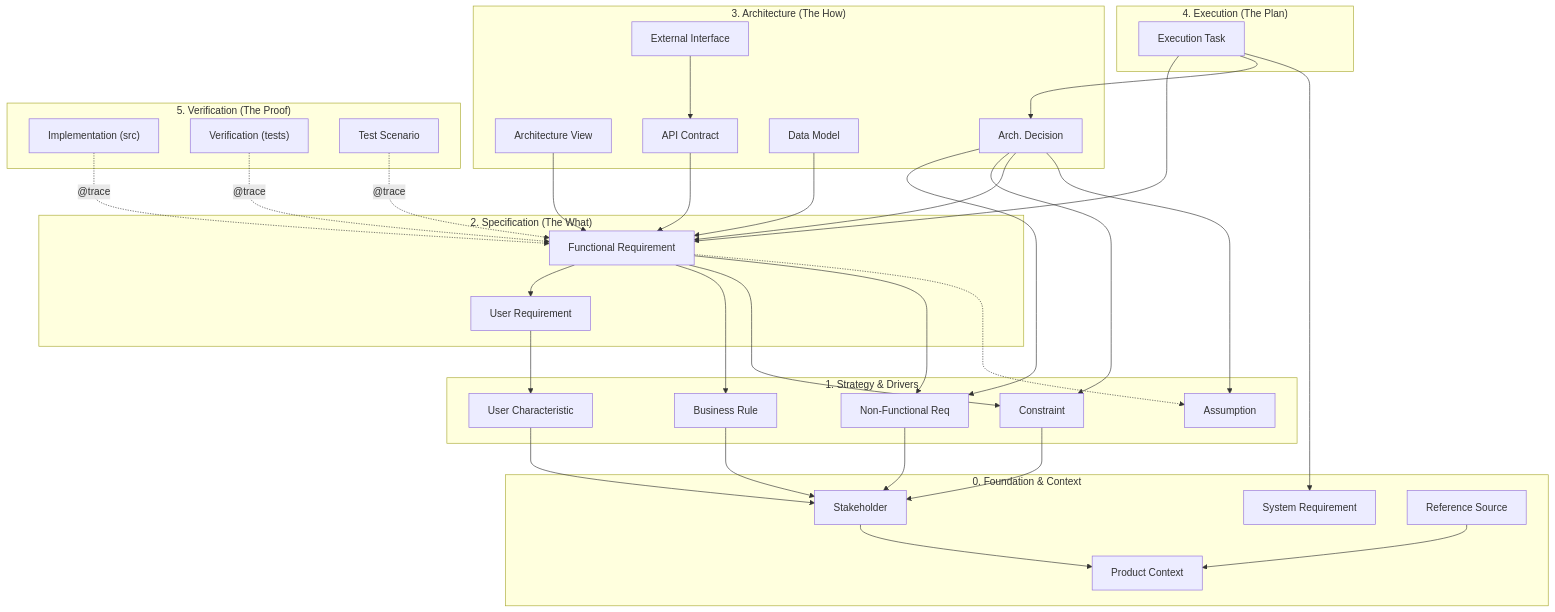
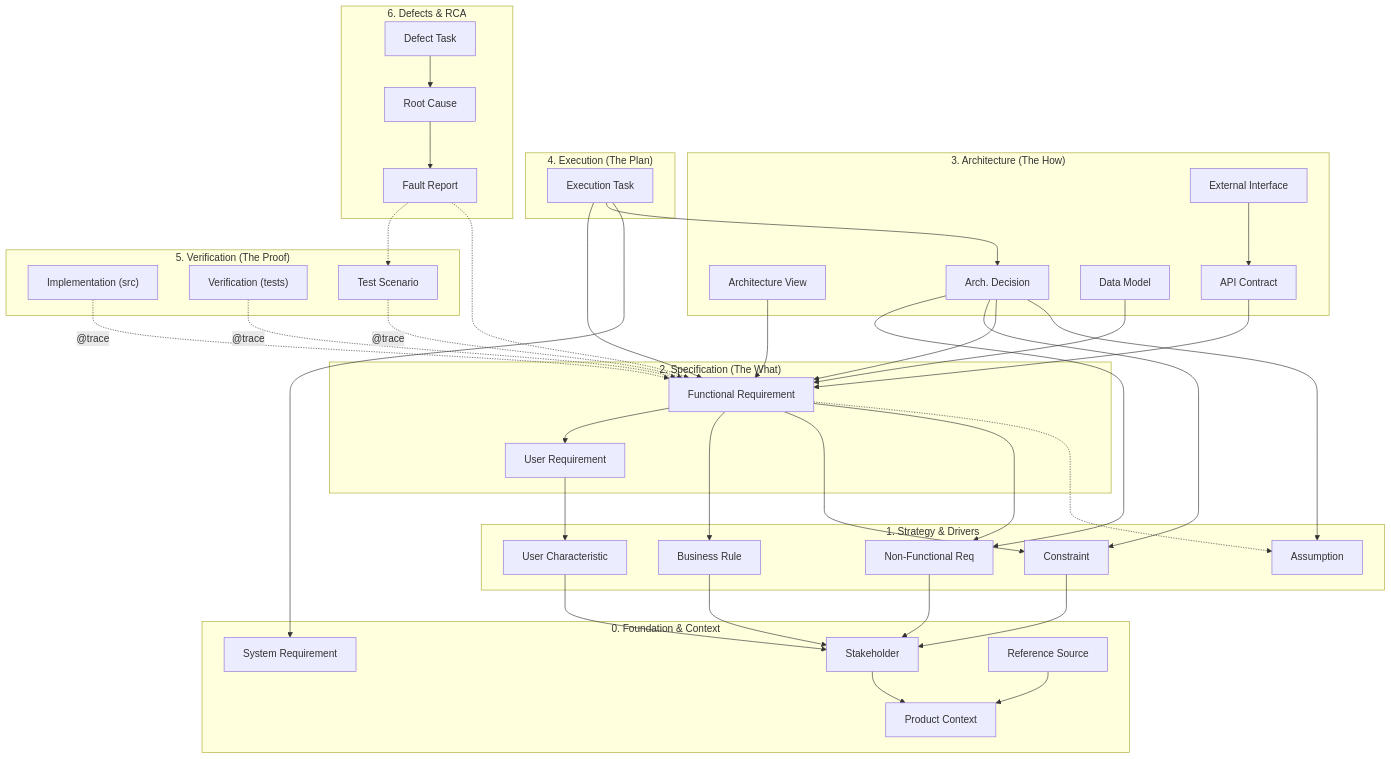
Before and after one commit to SergeyVlSorokin/SpecLoom: the diagram in src/assets/protocol/traceability_map.md, drawn with Mermaid. The commit also changed other lines of this file and 24 other files, not shown here.

````diff
--- a/src/assets/protocol/traceability_map.md
+++ b/src/assets/protocol/traceability_map.md
@@ -10,51 +14,58 @@
 ```mermaid
 graph TD
     subgraph Layer_0_Foundation ["0. Foundation & Context"]
         SYS[System Requirement]
         CTX[Product Context]
         STK[Stakeholder] --> CTX
         REF[Reference Source] --> CTX
     end
 
     subgraph Layer_1_Drivers ["1. Strategy & Drivers"]
         BR[Business Rule] --> STK
         NFR[Non-Functional Req] --> STK
         CON[Constraint] --> STK
         UCH[User Characteristic] --> STK
         ASM[Assumption]
     end
 
     subgraph Layer_2_Specification ["2. Specification (The What)"]
         UR[User Requirement] --> UCH
         FR[Functional Requirement] --> UR
         FR --> BR
         FR --> CON
         FR --> NFR
         FR -.-> ASM
     end
 
     subgraph Layer_3_Architecture ["3. Architecture (The How)"]
         VIEW[Architecture View] --> FR
         API[API Contract] --> FR
         DATA[Data Model] --> FR
         EXT[External Interface] --> API
         
         %% ADRs can be triggered by any requirement or assumption
         ADR[Arch. Decision] --> NFR
         ADR --> CON
         ADR --> FR
         ADR --> ASM
     end
 
     subgraph Layer_4_Execution ["4. Execution (The Plan)"]
         TASK[Execution Task] --> FR
         TASK --> ADR
         TASK --> SYS
     end
     
     subgraph Layer_5_Verification ["5. Verification (The Proof)"]
         CODE["Implementation (src)"] -.->|"@trace"| FR
         TEST["Verification (tests)"] -.->|"@trace"| FR
         SCN[Test Scenario] -.->|"@trace"| FR
     end
+
+    subgraph Layer_6_Defects ["6. Defects & RCA"]
+        FRT[Fault Report] -.-> SCN
+        FRT -.-> FR
+        RCA[Root Cause] --> FRT
+        TASK_DEFECT[Defect Task] --> RCA
+    end
 ```
````
